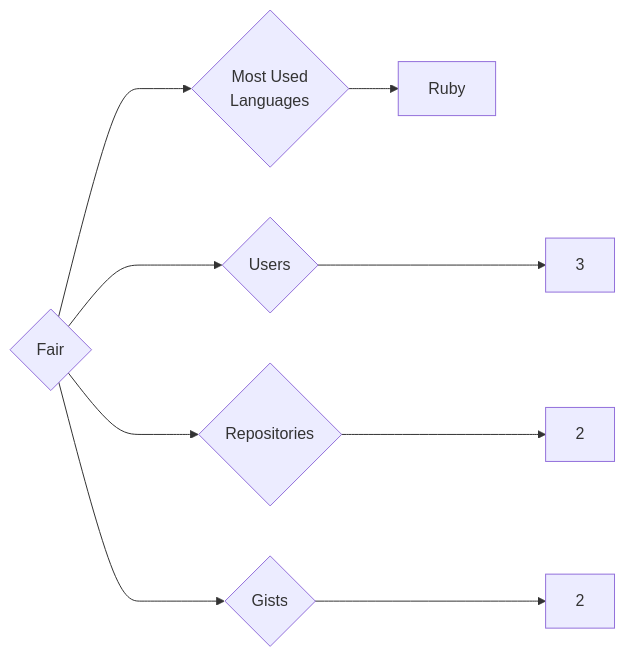
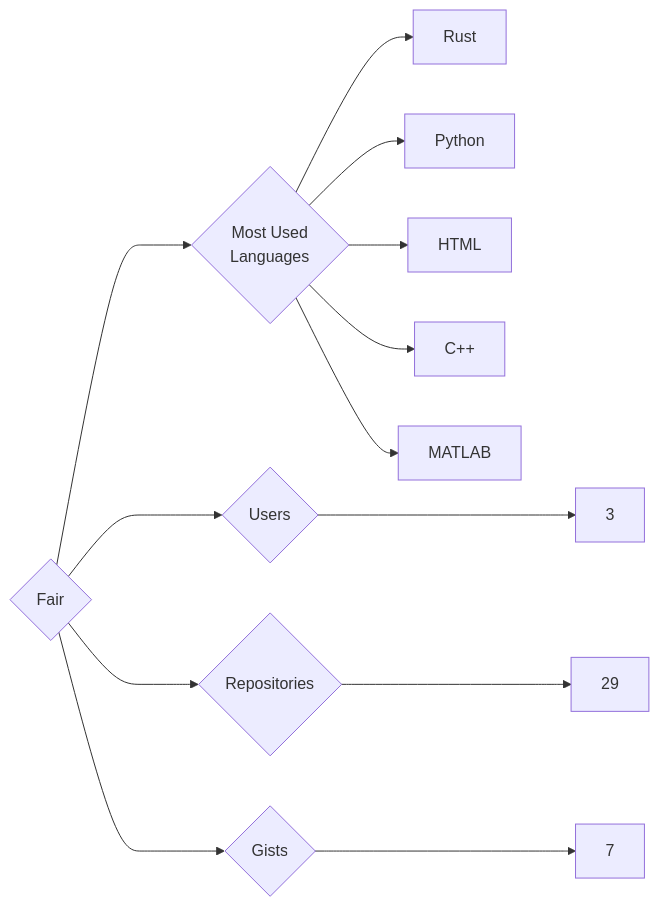
Before and after one commit to trickest/insiders: the diagram in targets/Fair/README.md, drawn with Mermaid. The commit also changed 736 other files, not shown here.

````diff
--- a/targets/Fair/README.md
+++ b/targets/Fair/README.md
@@ -3,9 +3,13 @@
 ```mermaid
 graph LR
 COMPANY_NAME{Fair}
 COMPANY_NAME ---> U{Users} ---> UN[3]
-COMPANY_NAME ---> R{Repositories} ---> RN[2]
-COMPANY_NAME ---> G{Gists} ---> GN[2]
+COMPANY_NAME ---> R{Repositories} ---> RN[29]
+COMPANY_NAME ---> G{Gists} ---> GN[7]
 COMPANY_NAME ---> ML{Most Used<br>Languages}
-ML --> Ruby[Ruby]
+ML --> Rust[Rust]
+ML --> Python[Python]
+ML --> HTML[HTML]
+ML --> C++[C++]
+ML --> MATLAB[MATLAB]
 ```
````
